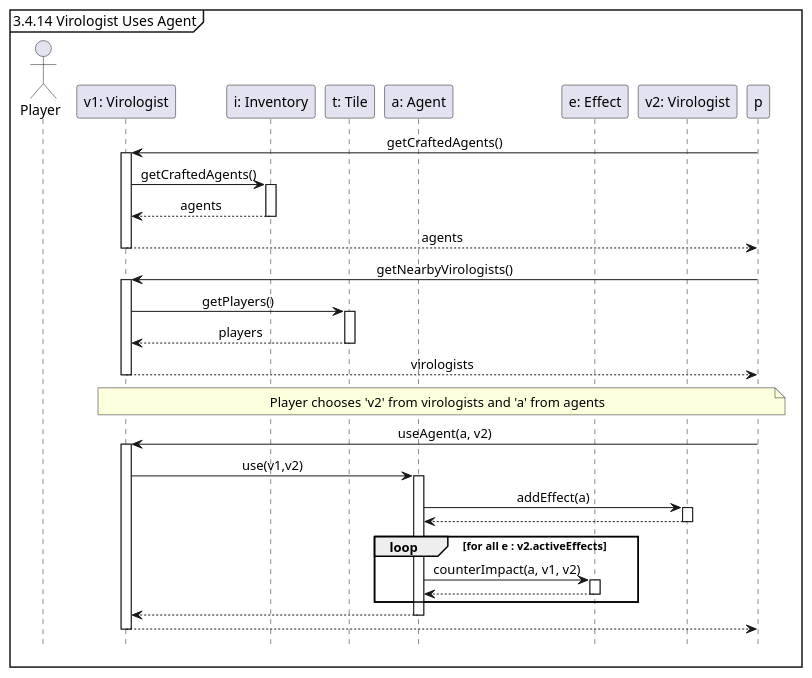
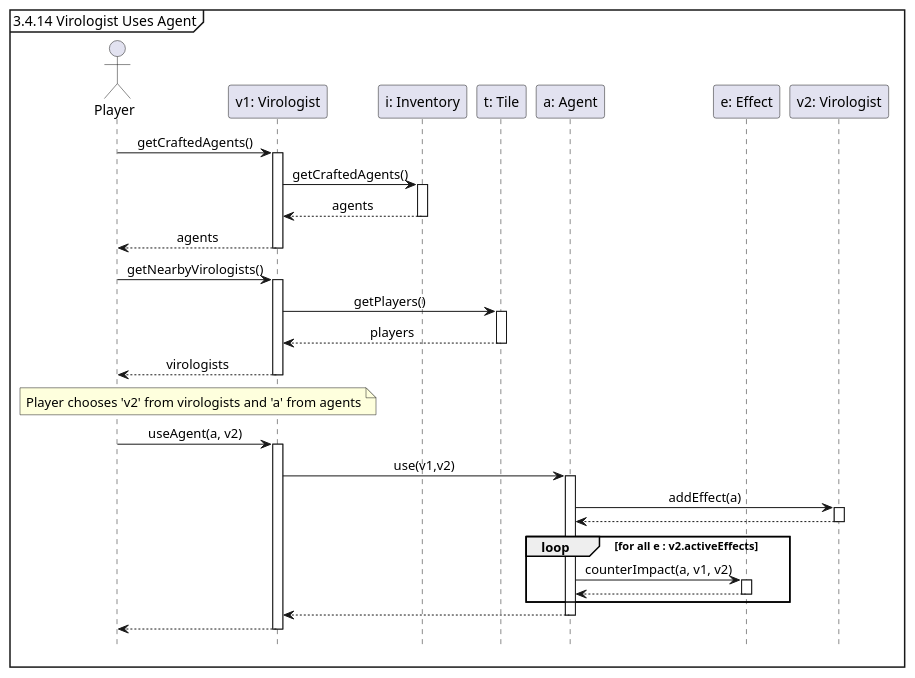
The diagram in docs/seqDiagrams/12_1virologistUsesAgent.puml (Tschonti/503-service-unavailable), drawn with PlantUML before and after one commit. The commit also changed 9 other files, not shown here.

```diff
--- a/docs/seqDiagrams/12_1virologistUsesAgent.puml
+++ b/docs/seqDiagrams/12_1virologistUsesAgent.puml
@@ -1,40 +1,40 @@
 @startuml
 'https://plantuml.com/sequence-diagram
 
 hide footbox
 skinparam sequenceMessageAlign center
 
 mainframe 3.4.14 Virologist Uses Agent
 
-actor Player
+actor Player as p
 participant "v1: Virologist" as v1
 participant "i: Inventory" as i
 participant "t: Tile" as t
 participant "a: Agent" as a
 participant "e: Effect" as e
 participant "v2: Virologist" as v2
 
 p -> v1 ++ : getCraftedAgents()
     v1-> i ++ : getCraftedAgents()
     return agents
 return agents
 
 p -> v1 ++ : getNearbyVirologists()
     v1-> t ++ : getPlayers()
     return players
 return virologists
 
 note over p, v1 : Player chooses 'v2' from virologists and 'a' from agents
 p -> v1 ++: useAgent(a, v2)
     v1 -> a ++: use(v1,v2)
         a -> v2 ++: addEffect(a)
         return
         loop for all e : v2.activeEffects
             a -> e ++: counterImpact(a, v1, v2)
             return
         end
     return
 return
 
 
 @enduml
```
